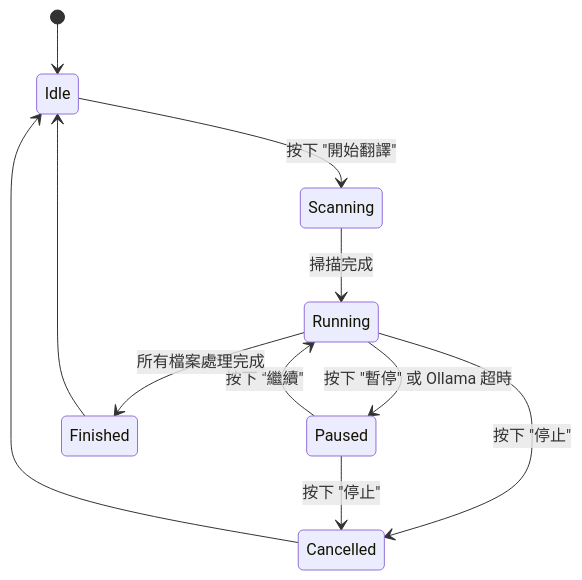
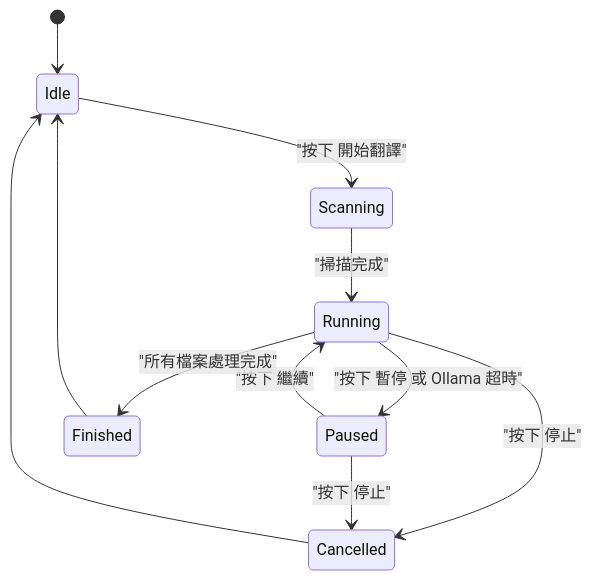
Before and after one commit to mn12345678910/mc_translator: the diagram in docs/architecture/state_management.md, drawn with Mermaid. The commit also changed 4 other files, not shown here.

Commit message:
修復：優化 Mermaid 圖表語法，為標籤加上引號以提升渲染相容性

````diff
--- a/docs/architecture/state_management.md
+++ b/docs/architecture/state_management.md
@@ -13,13 +13,13 @@
 ```mermaid
 stateDiagram-v2
     [*] --> Idle
-    Idle --> Scanning: 按下 "開始翻譯"
-    Scanning --> Running: 掃描完成
-    Running --> Paused: 按下 "暫停" 或 Ollama 超時
-    Paused --> Running: 按下 "繼續"
-    Running --> Finished: 所有檔案處理完成
-    Running --> Cancelled: 按下 "停止"
-    Paused --> Cancelled: 按下 "停止"
+    Idle --> Scanning: "按下 開始翻譯"
+    Scanning --> Running: "掃描完成"
+    Running --> Paused: "按下 暫停 或 Ollama 超時"
+    Paused --> Running: "按下 繼續"
+    Running --> Finished: "所有檔案處理完成"
+    Running --> Cancelled: "按下 停止"
+    Paused --> Cancelled: "按下 停止"
     Finished --> Idle
     Cancelled --> Idle
 ```
````
